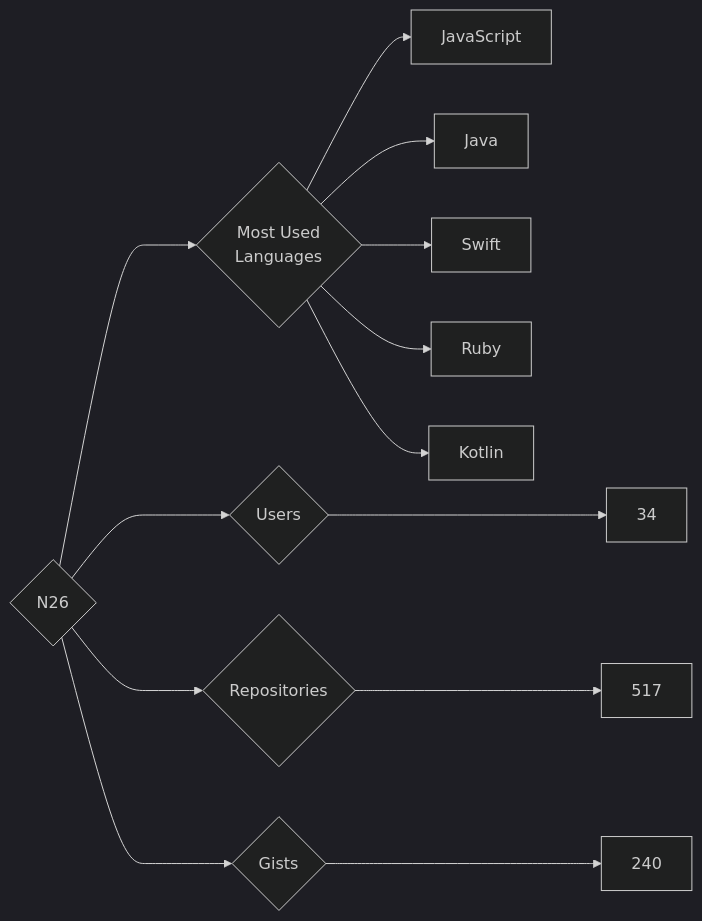
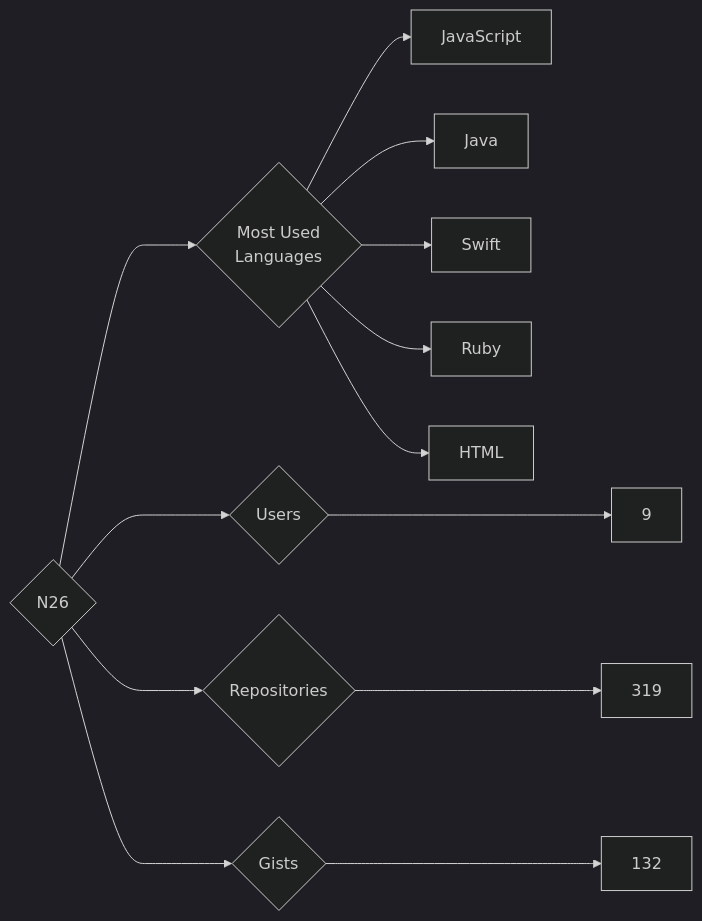
The diagram in targets/N26/README.md (trickest/insiders), drawn with Mermaid (dark theme) before and after one commit. The commit also changed 835 other files, not shown here.

````diff
--- a/targets/N26/README.md
+++ b/targets/N26/README.md
@@ -3,13 +3,13 @@
 ```mermaid
 graph LR
 COMPANY_NAME{N26}
-COMPANY_NAME ---> U{Users} ---> UN[34]
-COMPANY_NAME ---> R{Repositories} ---> RN[517]
-COMPANY_NAME ---> G{Gists} ---> GN[240]
+COMPANY_NAME ---> U{Users} ---> UN[9]
+COMPANY_NAME ---> R{Repositories} ---> RN[319]
+COMPANY_NAME ---> G{Gists} ---> GN[132]
 COMPANY_NAME ---> ML{Most Used<br>Languages}
 ML --> JavaScript[JavaScript]
 ML --> Java[Java]
 ML --> Swift[Swift]
 ML --> Ruby[Ruby]
-ML --> Kotlin[Kotlin]
+ML --> HTML[HTML]
 ```
````
